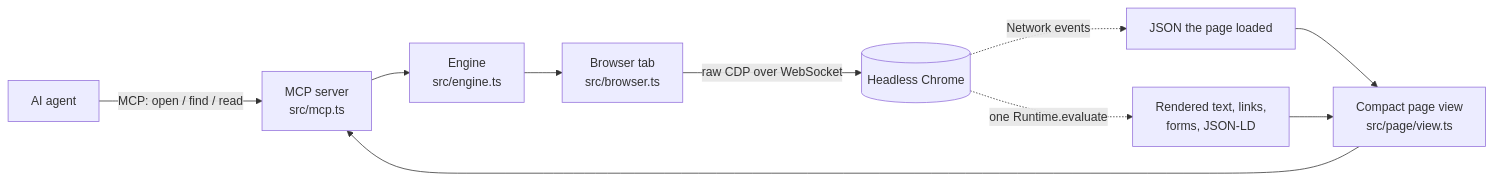
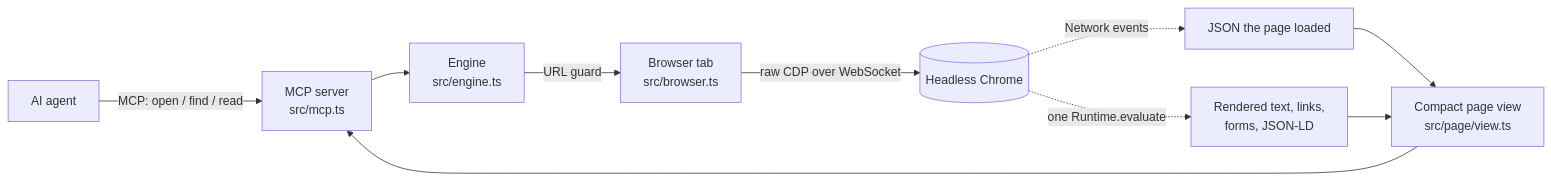
The diagram in README.md (govindplal/pagebrief), drawn with Mermaid before and after one commit. The commit also changed other lines of this file and 21 other files, not shown here.

First line of the commit message:
Engine v0.2: private-network guard, queued opens, JSON ranking, main-content start; no-browser baseline; honest README

````diff
--- a/README.md
+++ b/README.md
@@ -94,12 +106,12 @@
 ```mermaid
 flowchart LR
     agent["AI agent"] -- "MCP: open / find / read" --> server["MCP server<br/>src/mcp.ts"]
     server --> engine["Engine<br/>src/engine.ts"]
-    engine --> tab["Browser tab<br/>src/browser.ts"]
+    engine -- "URL guard" --> tab["Browser tab<br/>src/browser.ts"]
     tab -- "raw CDP over WebSocket" --> chrome[("Headless Chrome")]
     chrome -. "Network events" .-> json["JSON the page loaded"]
     chrome -. "one Runtime.evaluate" .-> dom["Rendered text, links,<br/>forms, JSON-LD"]
     json --> view["Compact page view<br/>src/page/view.ts"]
     dom --> view
     view --> server
 ```
````
